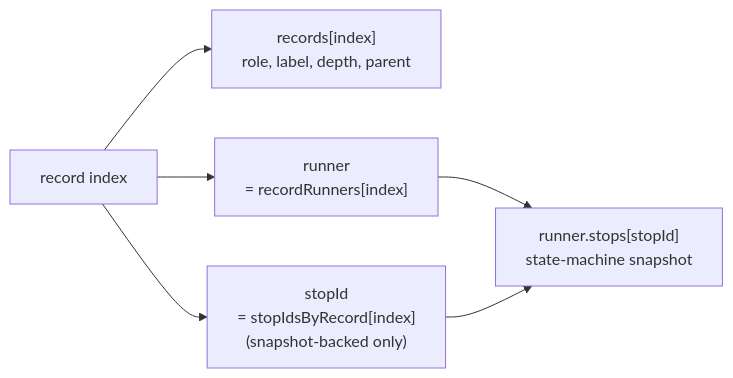
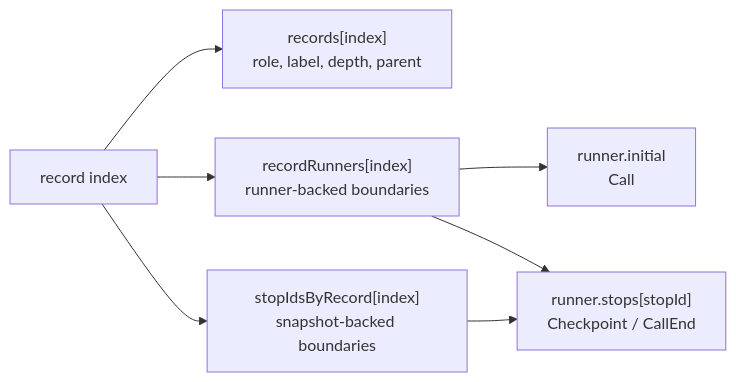
Before and after one commit to akeit0/AsyncPlayback: the first of 3 diagrams in docs/minimum-playback-algorithm_JP.md, drawn with Mermaid. The commit also changed other lines of this file and 1 other file, not shown here.

````diff
--- a/docs/minimum-playback-algorithm_JP.md
+++ b/docs/minimum-playback-algorithm_JP.md
@@ -112,14 +117,16 @@
 ```mermaid
 flowchart LR
     RecordIndex["record index"]
     Record["records[index]<br/>role, label, depth, parent"]
-    RunnerMap["runner \n = recordRunners[index]"]
-    StopMap["stopId \n = stopIdsByRecord[index]\n(snapshot-backed only)"]
-    RunnerStop["runner.stops[stopId]<br/>state-machine snapshot"]
+    RunnerMap["recordRunners[index]<br/>runner-backed boundaries"]
+    StopMap["stopIdsByRecord[index]<br/>snapshot-backed boundaries"]
+    RunnerInitial["runner.initial<br/>Call"]
+    RunnerStop["runner.stops[stopId]<br/>Checkpoint / CallEnd"]
 
     RecordIndex --> Record
     RecordIndex --> RunnerMap
     RecordIndex --> StopMap
+    RunnerMap --> RunnerInitial
     RunnerMap --> RunnerStop
     StopMap --> RunnerStop
 ```
````
